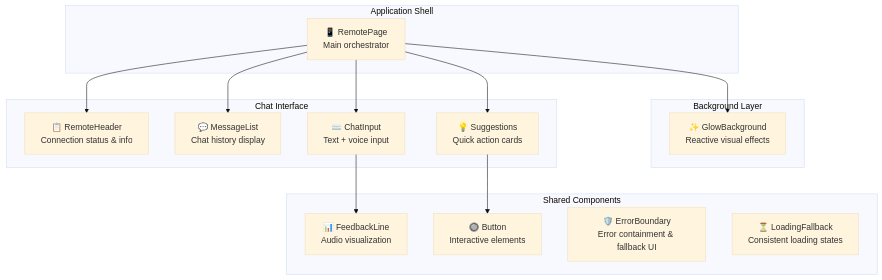
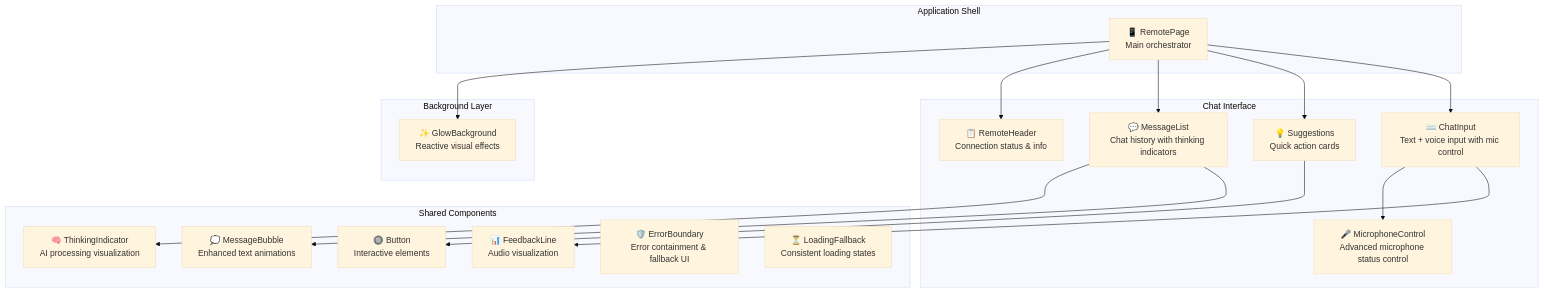
One commit to RoyAtUneeQ/kiosk-sama changed the first of 2 diagrams in src/docs/pages/remote/ui.md. Above: the diagram before and after it, drawn with Mermaid (base theme). The commit also changed other lines of this file and 6 other files, not shown here.

````diff
--- a/src/docs/pages/remote/ui.md
+++ b/src/docs/pages/remote/ui.md
@@ -7,33 +7,39 @@
 ```mermaid
 graph TB
     subgraph "Application Shell"
         RemotePage[📱 RemotePage<br/>Main orchestrator]
     end
     
     subgraph "Background Layer"
         GlowBackground[✨ GlowBackground<br/>Reactive visual effects]
     end
     
     subgraph "Chat Interface"
         RemoteHeader[📋 RemoteHeader<br/>Connection status & info]
-        MessageList[💬 MessageList<br/>Chat history display]
+        MessageList[💬 MessageList<br/>Chat history with thinking indicators]
         Suggestions[💡 Suggestions<br/>Quick action cards]
-        ChatInput[⌨️ ChatInput<br/>Text + voice input]
+        ChatInput[⌨️ ChatInput<br/>Text + voice input with mic control]
+        MicrophoneControl[🎤 MicrophoneControl<br/>Advanced microphone status control]
     end
     
     subgraph "Shared Components"
+        ThinkingIndicator[🧠 ThinkingIndicator<br/>AI processing visualization]
+        MessageBubble[💭 MessageBubble<br/>Enhanced text animations]
         FeedbackLine[📊 FeedbackLine<br/>Audio visualization]
         Button[🔘 Button<br/>Interactive elements]
         ErrorBoundary[🛡️ ErrorBoundary<br/>Error containment & fallback UI]
         LoadingFallback[⏳ LoadingFallback<br/>Consistent loading states]
     end
     
     RemotePage --> GlowBackground
     RemotePage --> RemoteHeader
     RemotePage --> MessageList
     RemotePage --> Suggestions
     RemotePage --> ChatInput
     
+    ChatInput --> MicrophoneControl
     ChatInput --> FeedbackLine
+    MessageList --> ThinkingIndicator
+    MessageList --> MessageBubble
     Suggestions --> Button
 ```
````
